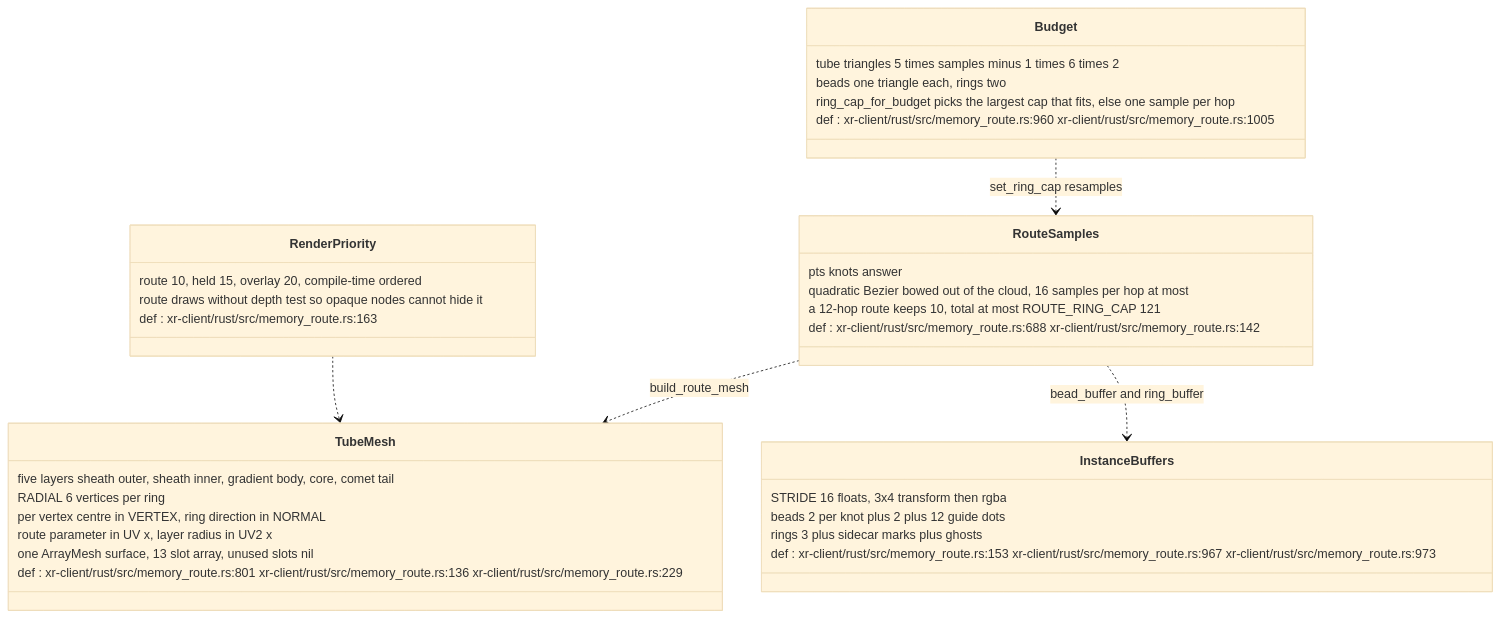
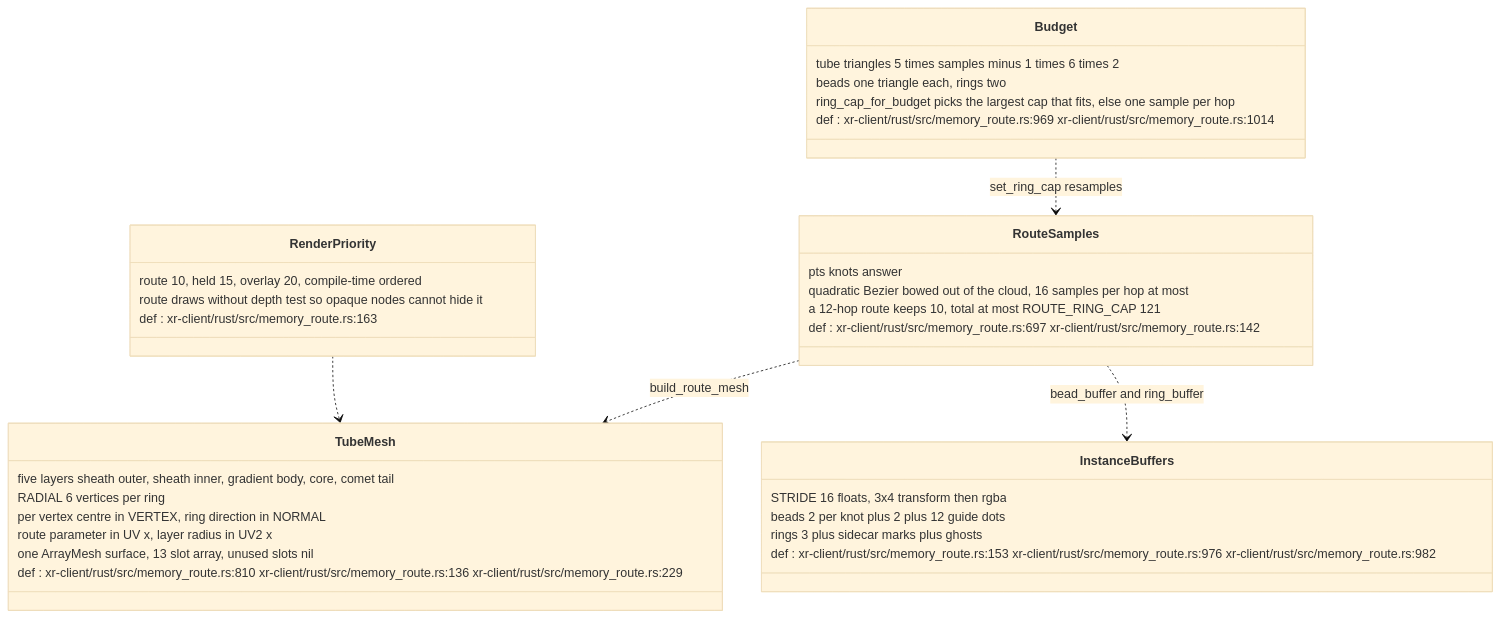
Diagram 11 of 19 in docs/diagrams/visionclaw/38-xr-memory-cloud-internals.md (DreamLab-AI/VisionFlow), drawn with Mermaid (base theme) before and after one commit. The commit also changed other lines of this file and 160 other files, not shown here.

````diff
--- a/docs/diagrams/visionclaw/38-xr-memory-cloud-internals.md
+++ b/docs/diagrams/visionclaw/38-xr-memory-cloud-internals.md
@@ -451,38 +451,38 @@
 ```mermaid
 classDiagram
     class TubeMesh {
         five layers sheath outer, sheath inner, gradient body, core, comet tail
         RADIAL 6 vertices per ring
         per vertex centre in VERTEX, ring direction in NORMAL
         route parameter in UV x, layer radius in UV2 x
         one ArrayMesh surface, 13 slot array, unused slots nil
-        def : xr-client/rust/src/memory_route.rs:801 xr-client/rust/src/memory_route.rs:136 xr-client/rust/src/memory_route.rs:229
+        def : xr-client/rust/src/memory_route.rs:810 xr-client/rust/src/memory_route.rs:136 xr-client/rust/src/memory_route.rs:229
     }
     class RouteSamples {
         pts knots answer
         quadratic Bezier bowed out of the cloud, 16 samples per hop at most
         a 12-hop route keeps 10, total at most ROUTE_RING_CAP 121
-        def : xr-client/rust/src/memory_route.rs:688 xr-client/rust/src/memory_route.rs:142
+        def : xr-client/rust/src/memory_route.rs:697 xr-client/rust/src/memory_route.rs:142
     }
     class InstanceBuffers {
         STRIDE 16 floats, 3x4 transform then rgba
         beads 2 per knot plus 2 plus 12 guide dots
         rings 3 plus sidecar marks plus ghosts
-        def : xr-client/rust/src/memory_route.rs:153 xr-client/rust/src/memory_route.rs:967 xr-client/rust/src/memory_route.rs:973
+        def : xr-client/rust/src/memory_route.rs:153 xr-client/rust/src/memory_route.rs:976 xr-client/rust/src/memory_route.rs:982
     }
     class Budget {
         tube triangles 5 times samples minus 1 times 6 times 2
         beads one triangle each, rings two
         ring_cap_for_budget picks the largest cap that fits, else one sample per hop
-        def : xr-client/rust/src/memory_route.rs:960 xr-client/rust/src/memory_route.rs:1005
+        def : xr-client/rust/src/memory_route.rs:969 xr-client/rust/src/memory_route.rs:1014
     }
     class RenderPriority {
         route 10, held 15, overlay 20, compile-time ordered
         route draws without depth test so opaque nodes cannot hide it
         def : xr-client/rust/src/memory_route.rs:163
     }
     RouteSamples ..> TubeMesh : build_route_mesh
     RouteSamples ..> InstanceBuffers : bead_buffer and ring_buffer
     Budget ..> RouteSamples : set_ring_cap resamples
     RenderPriority ..> TubeMesh
 ```
````
